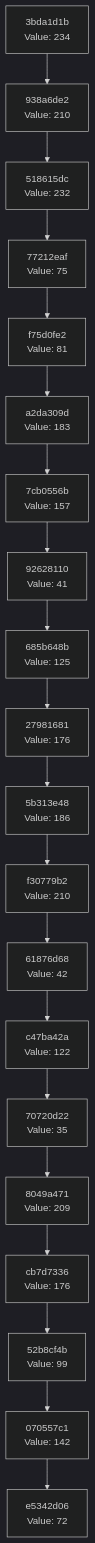
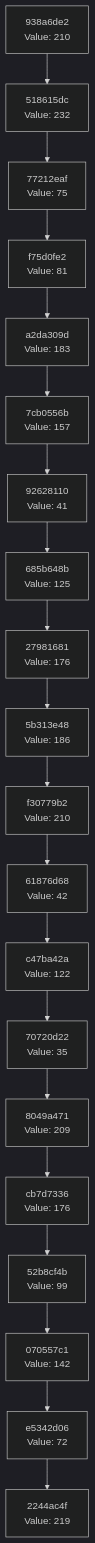
One commit to Abhisheksinha1506/hash-chain-evolver changed the diagram in docs/CHAIN_VISUALIZATION.md. Above: the diagram before and after it, drawn with Mermaid (dark theme). The commit also changed 2 other files, not shown here.

Commit message:
Evolution step: hash 0xDB → action executed

````diff
--- a/docs/CHAIN_VISUALIZATION.md
+++ b/docs/CHAIN_VISUALIZATION.md
@@ -3,42 +3,42 @@
 ```mermaid
 graph TD
-    C0["e5342d06<br/>Value: 72"]
-    C1["070557c1<br/>Value: 142"]
+    C0["2244ac4f<br/>Value: 219"]
+    C1["e5342d06<br/>Value: 72"]
     C1 --> C0
-    C2["52b8cf4b<br/>Value: 99"]
+    C2["070557c1<br/>Value: 142"]
     C2 --> C1
-    C3["cb7d7336<br/>Value: 176"]
+    C3["52b8cf4b<br/>Value: 99"]
     C3 --> C2
-    C4["8049a471<br/>Value: 209"]
+    C4["cb7d7336<br/>Value: 176"]
     C4 --> C3
-    C5["70720d22<br/>Value: 35"]
+    C5["8049a471<br/>Value: 209"]
     C5 --> C4
-    C6["c47ba42a<br/>Value: 122"]
+    C6["70720d22<br/>Value: 35"]
     C6 --> C5
-    C7["61876d68<br/>Value: 42"]
+    C7["c47ba42a<br/>Value: 122"]
     C7 --> C6
-    C8["f30779b2<br/>Value: 210"]
+    C8["61876d68<br/>Value: 42"]
     C8 --> C7
-    C9["5b313e48<br/>Value: 186"]
+    C9["f30779b2<br/>Value: 210"]
     C9 --> C8
-    C10["27981681<br/>Value: 176"]
+    C10["5b313e48<br/>Value: 186"]
     C10 --> C9
-    C11["685b648b<br/>Value: 125"]
+    C11["27981681<br/>Value: 176"]
     C11 --> C10
-    C12["92628110<br/>Value: 41"]
+    C12["685b648b<br/>Value: 125"]
     C12 --> C11
-    C13["7cb0556b<br/>Value: 157"]
+    C13["92628110<br/>Value: 41"]
     C13 --> C12
-    C14["a2da309d<br/>Value: 183"]
+    C14["7cb0556b<br/>Value: 157"]
     C14 --> C13
-    C15["f75d0fe2<br/>Value: 81"]
+    C15["a2da309d<br/>Value: 183"]
     C15 --> C14
-    C16["77212eaf<br/>Value: 75"]
+    C16["f75d0fe2<br/>Value: 81"]
     C16 --> C15
-    C17["518615dc<br/>Value: 232"]
+    C17["77212eaf<br/>Value: 75"]
     C17 --> C16
-    C18["938a6de2<br/>Value: 210"]
+    C18["518615dc<br/>Value: 232"]
     C18 --> C17
-    C19["3bda1d1b<br/>Value: 234"]
+    C19["938a6de2<br/>Value: 210"]
     C19 --> C18
 ```
````
